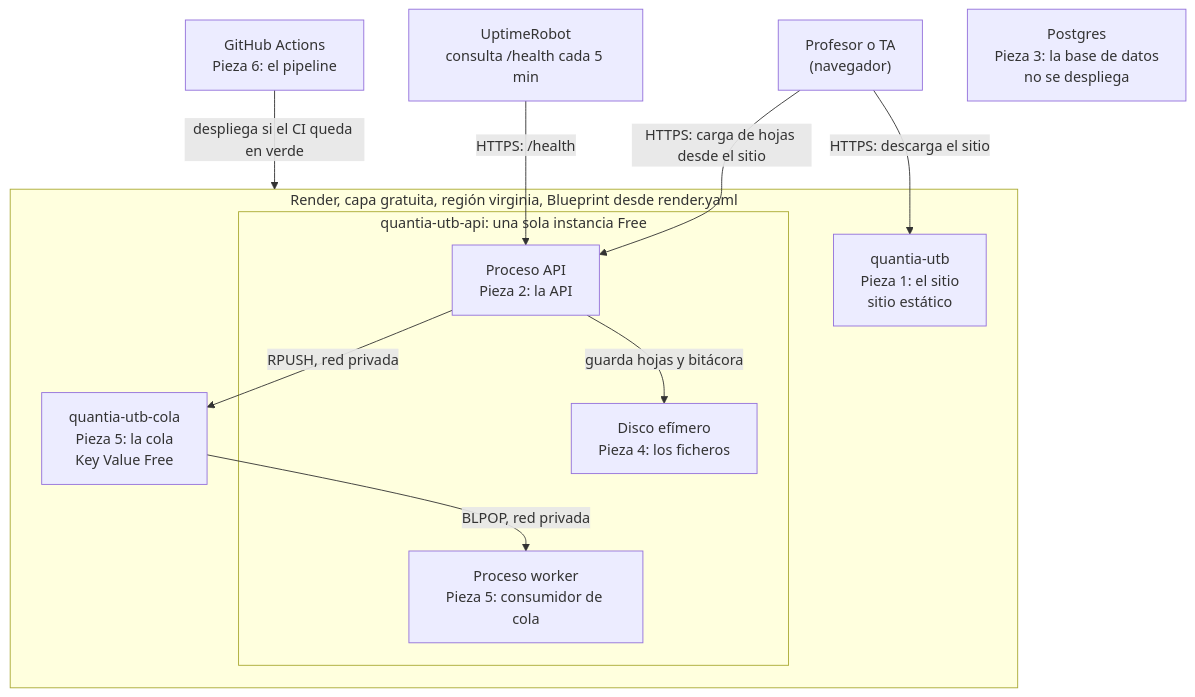
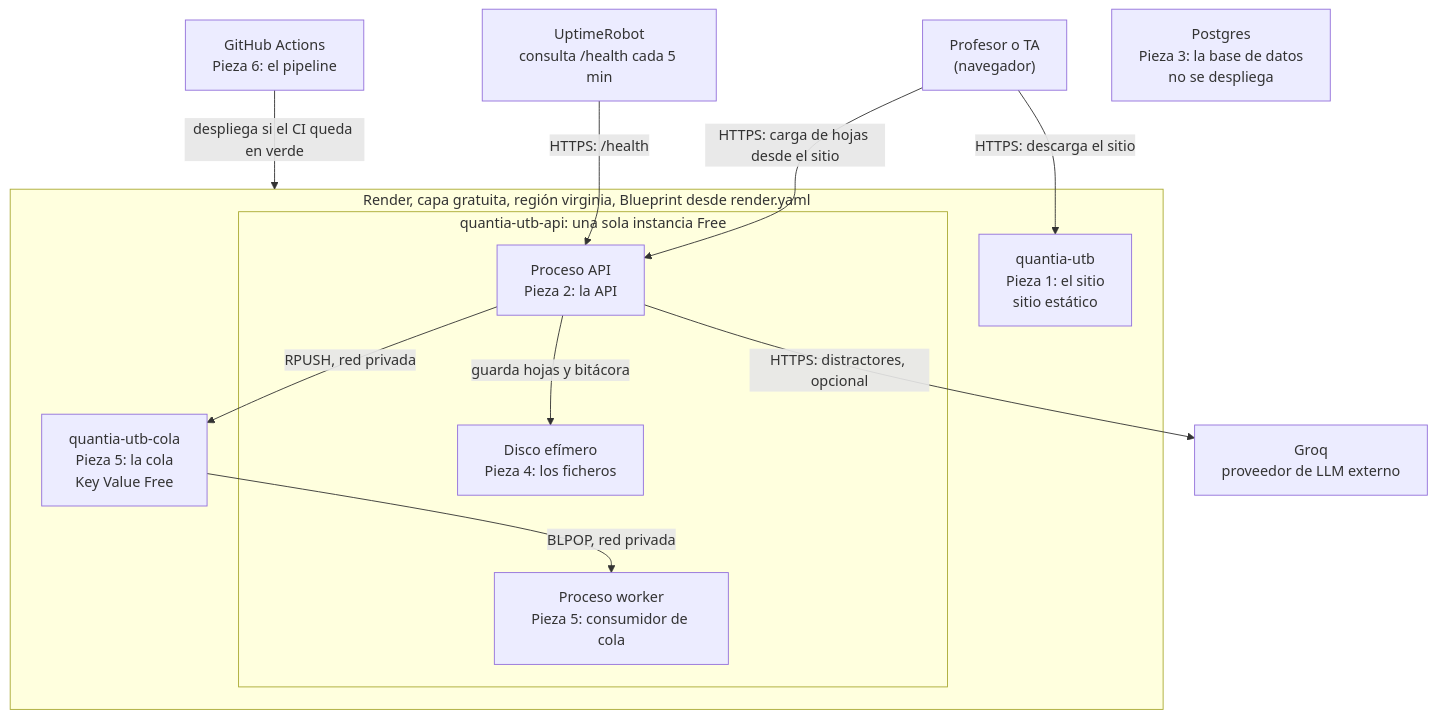
Before and after one commit to ISCOUTB/AS_202620_Sistema-de-calificacion-automatica: the second of 3 diagrams in docs/arc42/arc42-template-ES.md, drawn with Mermaid. The commit also changed other lines of this file, not shown here.

````diff
--- a/docs/arc42/arc42-template-ES.md
+++ b/docs/arc42/arc42-template-ES.md
@@ -471,26 +508,28 @@
 ```mermaid
 flowchart TB
     profesor["Profesor o TA<br/>(navegador)"]
     github["GitHub Actions<br/>Pieza 6: el pipeline"]
     monitor["UptimeRobot<br/>consulta /health cada 5 min"]
 
     subgraph render["Render, capa gratuita, región virginia, Blueprint desde render.yaml"]
         sitio["quantia-utb<br/>Pieza 1: el sitio<br/>sitio estático"]
         subgraph instancia["quantia-utb-api: una sola instancia Free"]
             api["Proceso API<br/>Pieza 2: la API"]
             worker["Proceso worker<br/>Pieza 5: consumidor de cola"]
             disco["Disco efímero<br/>Pieza 4: los ficheros"]
         end
         cola["quantia-utb-cola<br/>Pieza 5: la cola<br/>Key Value Free"]
     end
 
     postgres["Postgres<br/>Pieza 3: la base de datos<br/>no se despliega"]
+    groq["Groq<br/>proveedor de LLM externo"]
 
     profesor -->|HTTPS: descarga el sitio| sitio
     profesor -->|HTTPS: carga de hojas desde el sitio| api
     monitor -->|HTTPS: /health| api
     api -->|guarda hojas y bitácora| disco
     api -->|RPUSH, red privada| cola
     cola -->|BLPOP, red privada| worker
+    api -->|HTTPS: distractores, opcional| groq
     github -->|despliega si el CI queda en verde| render
 ```
````
